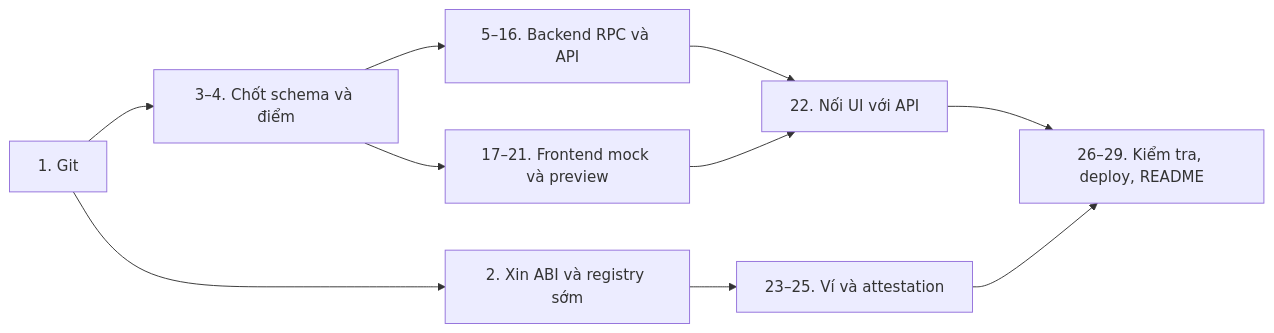
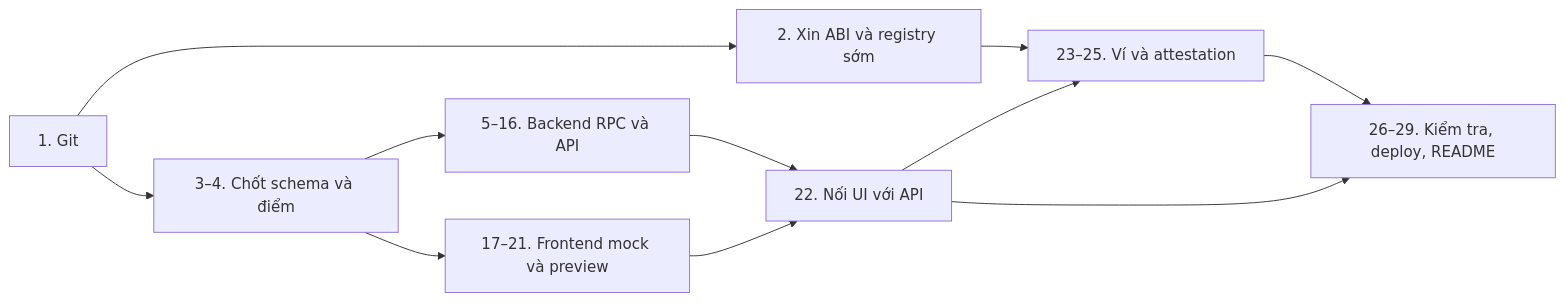
Before and after one commit to THBKhan/avalanche-security-triage: the diagram in docs/SE_WEB_RPC_IMPLEMENTATION_PLAN.md, drawn with Mermaid. The commit also changed other lines of this file and 51 other files, not shown here.

````diff
--- a/docs/SE_WEB_RPC_IMPLEMENTATION_PLAN.md
+++ b/docs/SE_WEB_RPC_IMPLEMENTATION_PLAN.md
@@ -78,12 +84,13 @@
 ```mermaid
 flowchart LR
     A[1. Git] --> B[2. Xin ABI và registry sớm]
     A --> C[3–4. Chốt schema và điểm]
     C --> D[5–16. Backend RPC và API]
     C --> E[17–21. Frontend mock và preview]
     D --> F[22. Nối UI với API]
     E --> F
     B --> G[23–25. Ví và attestation]
+    F --> G
     F --> H[26–29. Kiểm tra, deploy, README]
     G --> H
 ```
````
